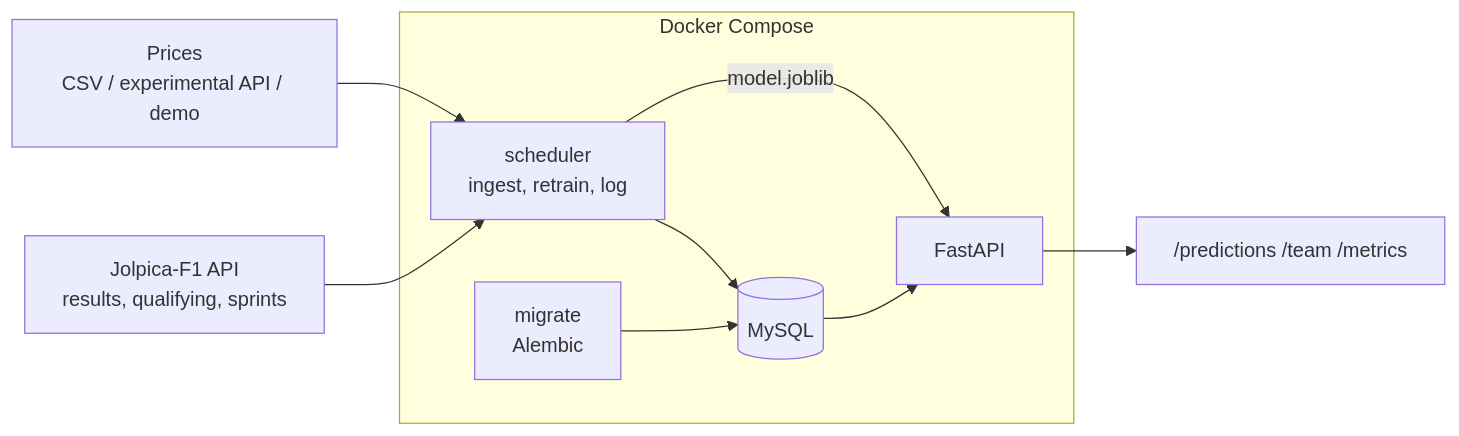
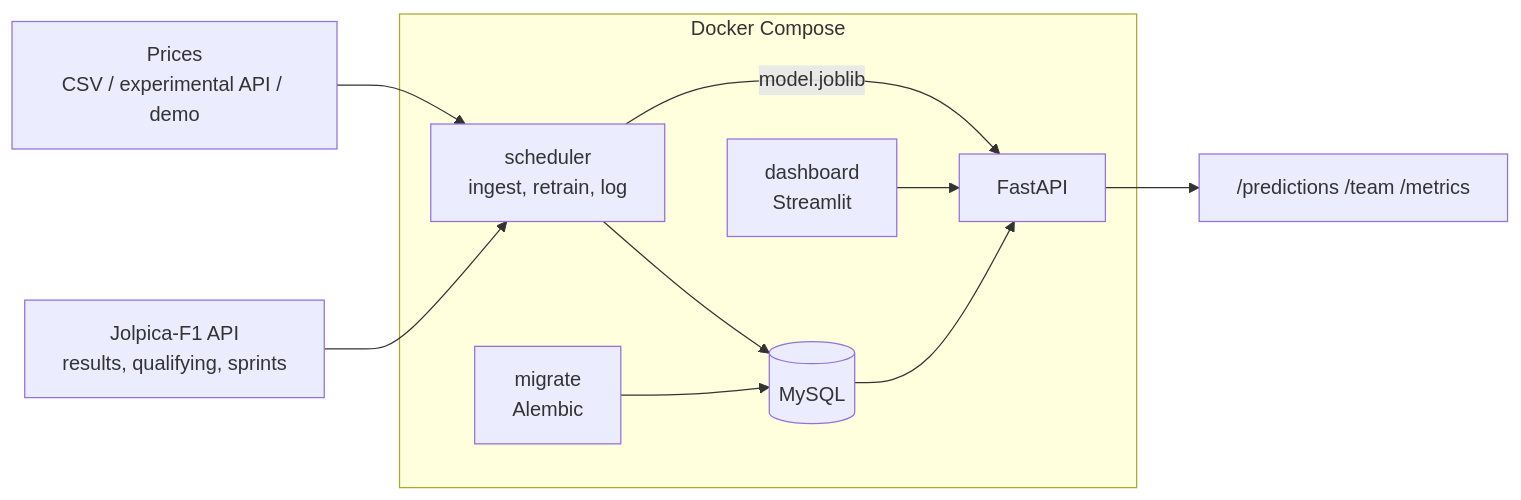
One commit to BrendenJones1/Fantasy-F1-Optimizer changed the diagram in README.md. Above: the diagram before and after it, drawn with Mermaid. The commit also changed other lines of this file, not shown here.

Commit message:
README: describe the dashboard and how to run it

````diff
--- a/README.md
+++ b/README.md
@@ -14,12 +14,13 @@
 ```mermaid
 flowchart LR
     J[Jolpica-F1 API<br/>results, qualifying, sprints] --> S
     P[Prices<br/>CSV / experimental API / demo] --> S
     subgraph compose [Docker Compose]
         S[scheduler<br/>ingest, retrain, log] --> DB[(MySQL)]
         DB --> A[FastAPI]
         S -- model.joblib --> A
         M[migrate<br/>Alembic] --> DB
+        D[dashboard<br/>Streamlit] --> A
     end
     A --> E["/predictions  /team  /metrics"]
 ```
````
